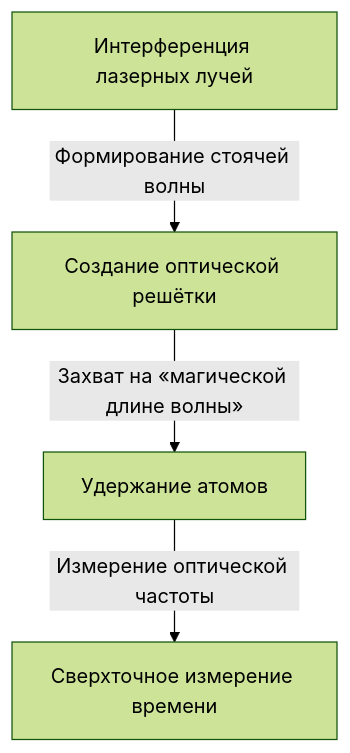
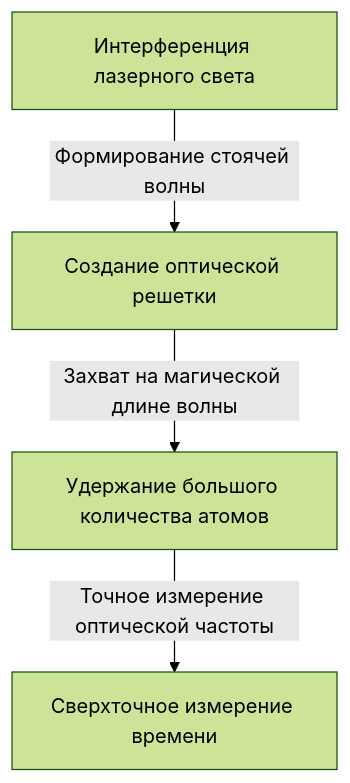
The third of 3 diagrams in content/post/history-of-timekeeping-technology/index.ru.md (kenjinote/blog), drawn with Mermaid (forest theme) before and after one commit. The commit also changed other lines of this file and 129 other files, not shown here.

````diff
--- a/content/post/history-of-timekeeping-technology/index.ru.md
+++ b/content/post/history-of-timekeeping-technology/index.ru.md
@@ -67,6 +85,6 @@
 ```mermaid
 graph TD
-    A["Интерференция лазерных лучей"] -- "Формирование стоячей волны" --> B["Создание оптической решётки"]
-    B -- "Захват на «магической длине волны»" --> C["Удержание атомов"]
-    C -- "Измерение оптической частоты" --> D["Сверхточное измерение времени"]
+    A["Интерференция лазерного света"] -- "Формирование стоячей волны" --> B["Создание оптической решетки"]
+    B -- "Захват на магической длине волны" --> C["Удержание большого количества атомов"]
+    C -- "Точное измерение оптической частоты" --> D["Сверхточное измерение времени"]
 ```
````
